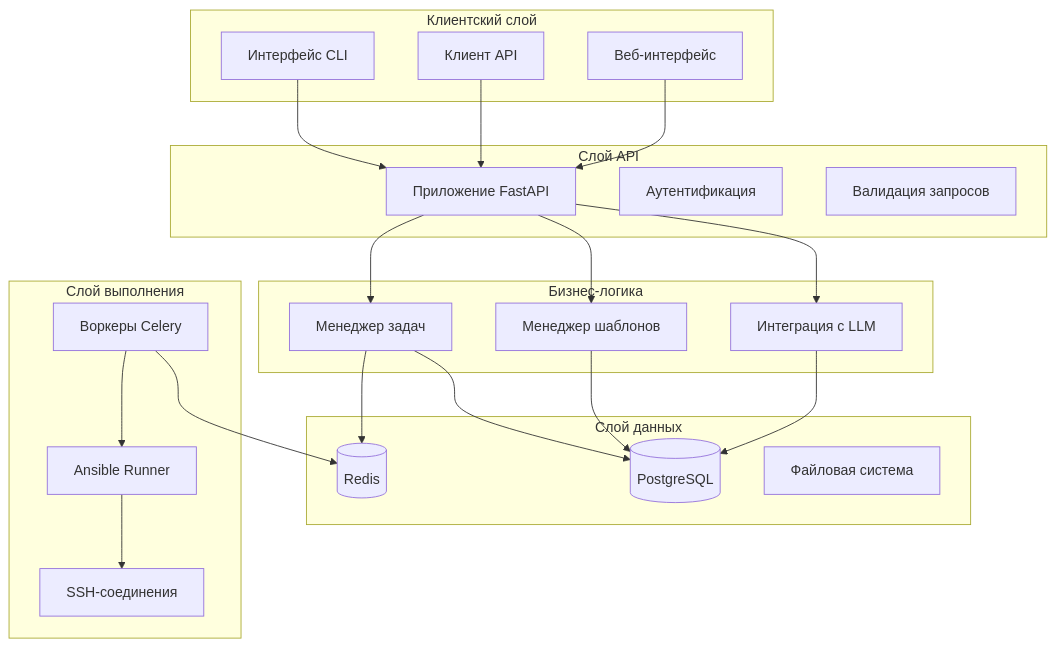
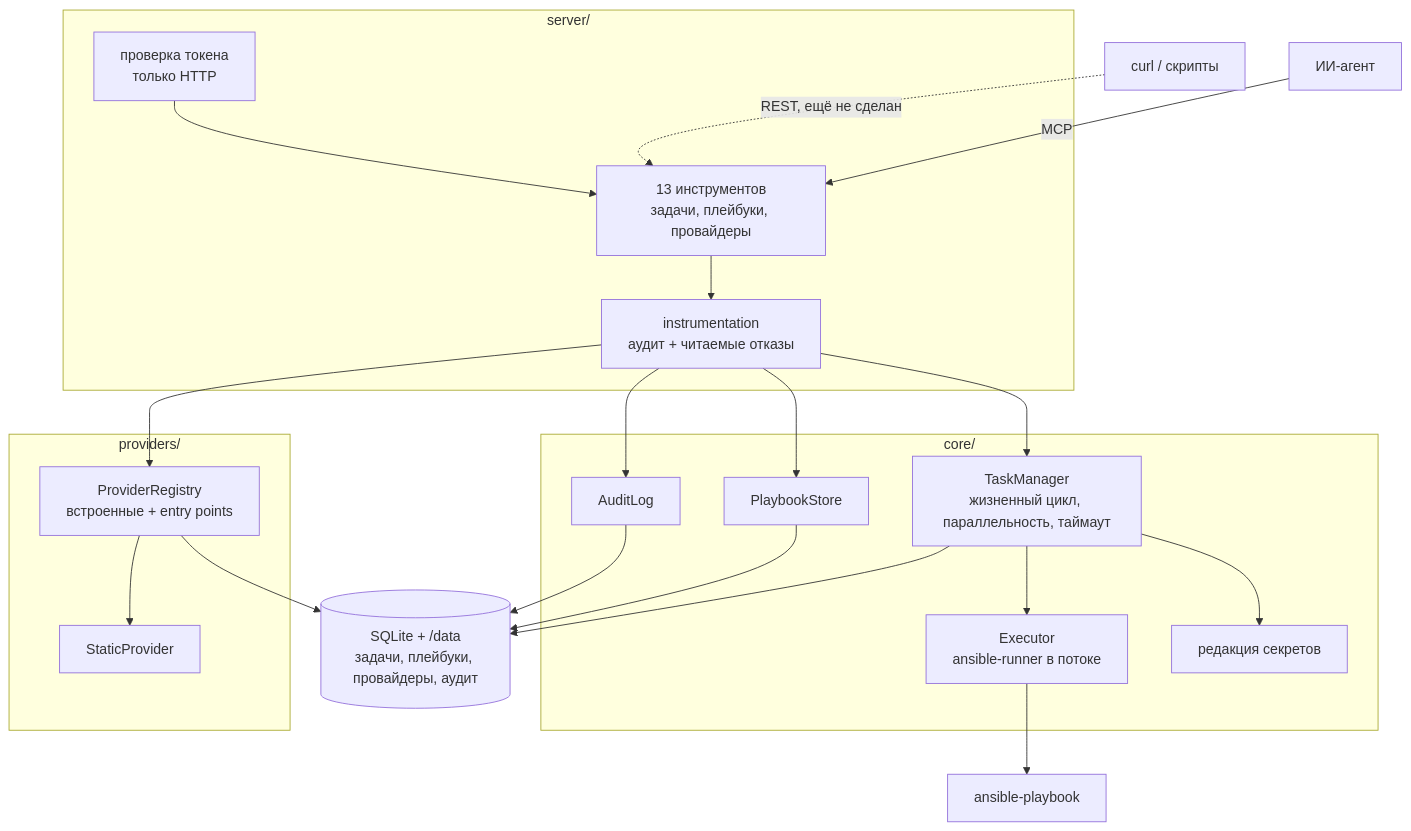
Before and after one commit to ppavlovrus/simple_ansible_controller: the first of 2 diagrams in docs/ru/architecture.md, drawn with Mermaid. The commit also changed other lines of this file and 21 other files, not shown here.

````diff
--- a/docs/ru/architecture.md
+++ b/docs/ru/architecture.md
@@ -13,49 +10,42 @@
 ```mermaid
 graph TB
-    subgraph "Клиентский слой"
-        CLI[Интерфейс CLI]
-        API[Клиент API]
-        Web[Веб-интерфейс]
+    Agent[ИИ-агент] -->|MCP| Tools
+    Human[curl / скрипты] -.->|REST, ещё не сделан| Tools
+
+    subgraph Interface["server/"]
+        Tools[13 инструментов<br/>задачи, плейбуки, провайдеры]
+        Instr[instrumentation<br/>аудит + читаемые отказы]
+        Auth[проверка токена<br/>только HTTP]
     end
 
-    subgraph "Слой API"
-        FastAPI[Приложение FastAPI]
-        Auth[Аутентификация]
-        Validation[Валидация запросов]
+    subgraph Core["core/"]
+        TM[TaskManager<br/>жизненный цикл, параллельность, таймаут]
+        Exec[Executor<br/>ansible-runner в потоке]
+        Store[PlaybookStore]
+        Redact[редакция секретов]
+        Audit[AuditLog]
     end
 
-    subgraph "Бизнес-логика"
-        LLM[Интеграция с LLM]
-        TM[Менеджер шаблонов]
-        TaskM[Менеджер задач]
+    subgraph Providers["providers/"]
+        Registry[ProviderRegistry<br/>встроенные + entry points]
+        Static[StaticProvider]
     end
 
-    subgraph "Слой данных"
-        DB[(PostgreSQL)]
-        Redis[(Redis)]
-        FS[Файловая система]
-    end
+    Data[(SQLite + /data<br/>задачи, плейбуки, провайдеры, аудит)]
+    Ansible[ansible-playbook]
 
-    subgraph "Слой выполнения"
-        Celery[Воркеры Celery]
-        Ansible[Ansible Runner]
-        SSH[SSH-соединения]
-    end
-
-    CLI --> FastAPI
-    API --> FastAPI
-    Web --> FastAPI
-
-    FastAPI --> LLM
-    FastAPI --> TM
-    FastAPI --> TaskM
-
-    LLM --> DB
-    TM --> DB
-    TaskM --> DB
-
-    TaskM --> Redis
-    Celery --> Redis
-    Celery --> Ansible
-    Ansible --> SSH
+    Auth --> Tools
+    Tools --> Instr
+    Instr --> TM
+    Instr --> Store
+    Instr --> Registry
+    Instr --> Audit
+    TM --> Exec
+    TM --> Redact
+    Registry --> Static
+    Exec --> Ansible
+    TM --> Data
+    Store --> Data
+    Audit --> Data
+    Registry --> Data
 ```
````
